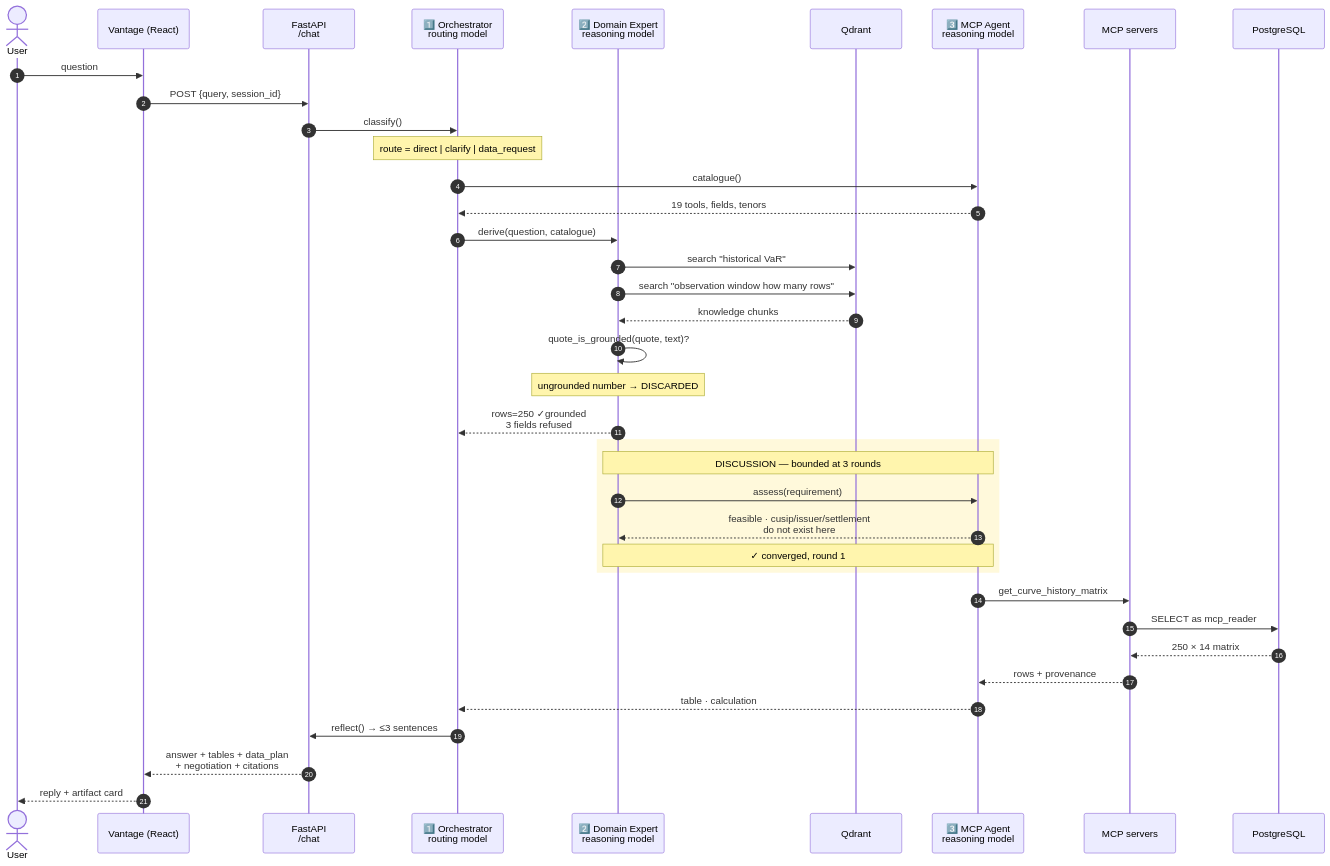
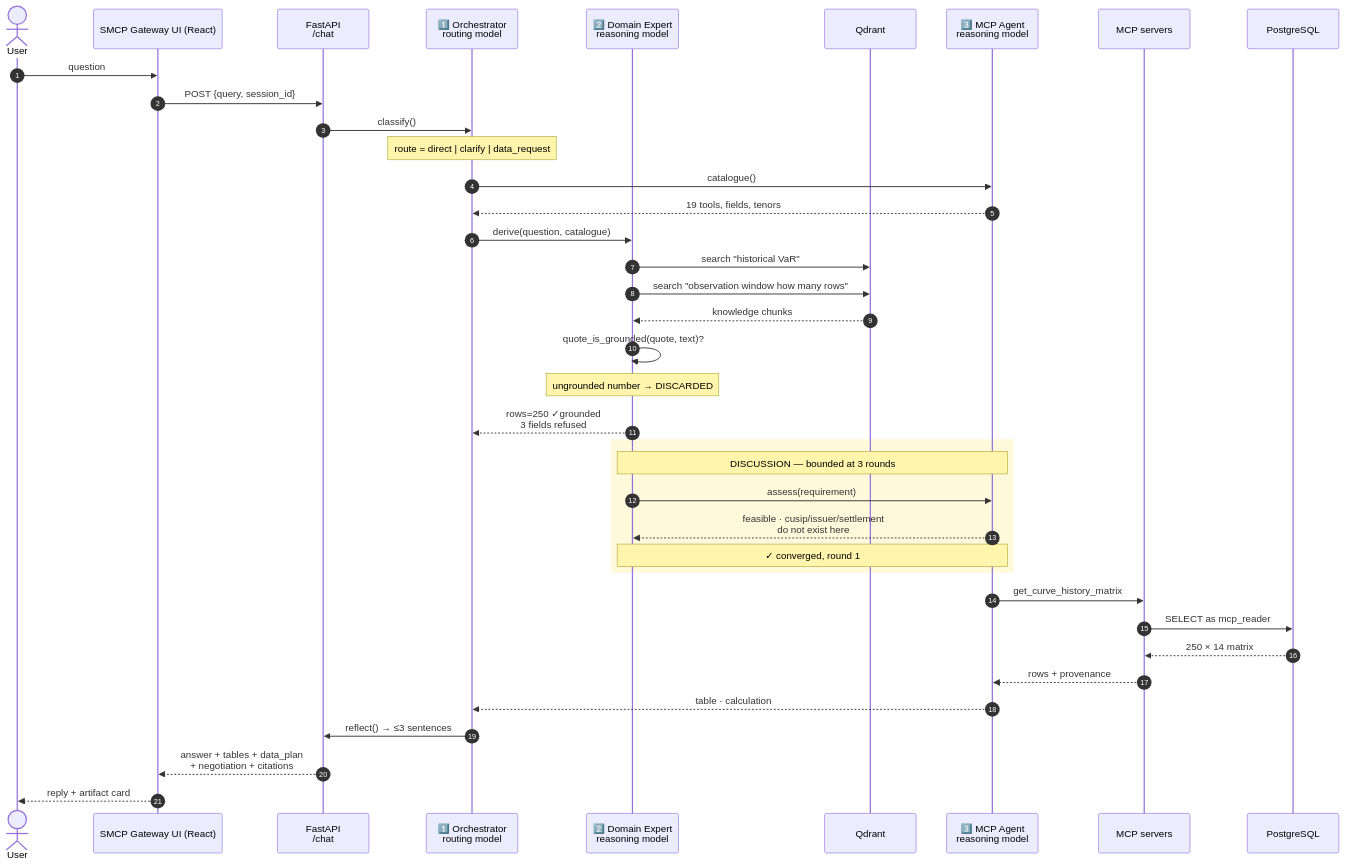
The second of 10 diagrams in README.md (KrishnaAnnavaram/semantic-mcp-data-access-gateway), drawn with Mermaid before and after one commit. The commit also changed other lines of this file and 10 other files, not shown here.

````diff
--- a/README.md
+++ b/README.md
@@ -134,47 +134,47 @@
 ```mermaid
 sequenceDiagram
     autonumber
     actor User
-    participant UI as Vantage (React)
+    participant UI as SMCP Gateway UI (React)
     participant API as FastAPI<br/>/chat
     participant ORC as 1️⃣ Orchestrator<br/>routing model
     participant DOM as 2️⃣ Domain Expert<br/>reasoning model
     participant QD as Qdrant
     participant MCP as 3️⃣ MCP Agent<br/>reasoning model
     participant SRV as MCP servers
     participant PG as PostgreSQL
 
     User->>UI: question
     UI->>API: POST {query, session_id}
     API->>ORC: classify()
 
     Note over ORC: route = direct | clarify | data_request
 
     ORC->>MCP: catalogue()
     MCP-->>ORC: 19 tools, fields, tenors
 
     ORC->>DOM: derive(question, catalogue)
     DOM->>QD: search "historical VaR"
     DOM->>QD: search "observation window how many rows"
     QD-->>DOM: knowledge chunks
     DOM->>DOM: quote_is_grounded(quote, text)?
     Note over DOM: ungrounded number → DISCARDED
     DOM-->>ORC: rows=250 ✓grounded<br/>3 fields refused
 
     rect rgb(255, 249, 219)
     Note over DOM,MCP: DISCUSSION — bounded at 3 rounds
     DOM->>MCP: assess(requirement)
     MCP-->>DOM: feasible · cusip/issuer/settlement<br/>do not exist here
     Note over DOM,MCP: ✓ converged, round 1
     end
 
     MCP->>SRV: get_curve_history_matrix
     SRV->>PG: SELECT as mcp_reader
     PG-->>SRV: 250 × 14 matrix
     SRV-->>MCP: rows + provenance
     MCP-->>ORC: table · calculation
 
     ORC->>API: reflect() → ≤3 sentences
     API-->>UI: answer + tables + data_plan<br/>+ negotiation + citations
     UI-->>User: reply + artifact card
 ```
````
